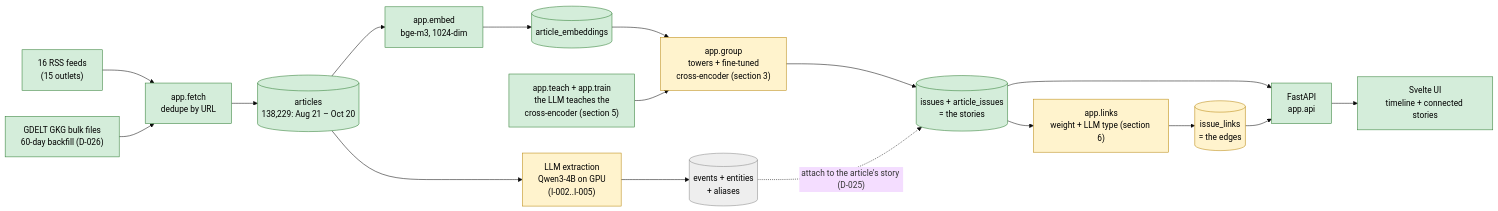
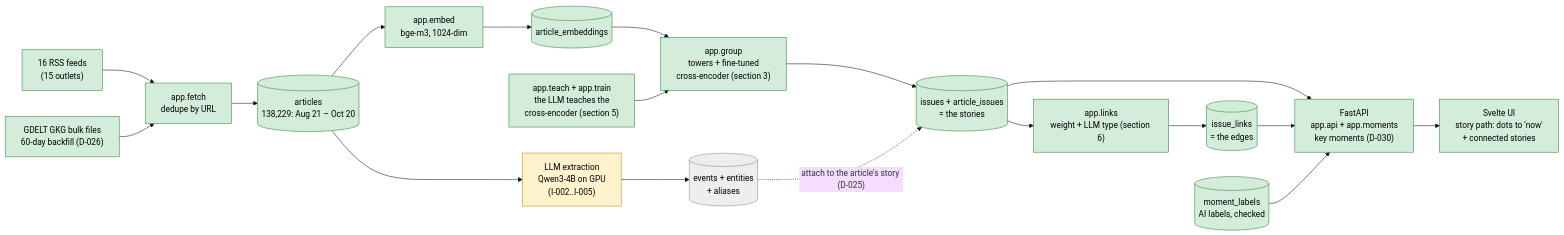
One commit to joybratasarkar/smriti changed the first of 11 diagrams in docs/WORKFLOW.md. Above: the diagram before and after it, drawn with Mermaid (base theme). The commit also changed other lines of this file and 26 other files, not shown here.

First line of the commit message:
Handoff: story model pipeline, links, story page path, trust fixes for regroup

````diff
--- a/docs/WORKFLOW.md
+++ b/docs/WORKFLOW.md
@@ -11,27 +11,28 @@
 ```mermaid
 flowchart LR
     RSS["16 RSS feeds<br/>(15 outlets)"] --> F["app.fetch<br/>dedupe by URL"]
     GD["GDELT GKG bulk files<br/>60-day backfill (D-026)"] --> F
     F --> A[("articles<br/>138,229: Aug 21 – Oct 20")]
     A --> E["app.embed<br/>bge-m3, 1024-dim"]
     E --> V[("article_embeddings")]
     V --> G["app.group<br/>towers + fine-tuned<br/>cross-encoder (section 3)"]
     T["app.teach + app.train<br/>the LLM teaches the<br/>cross-encoder (section 5)"] --> G
     G --> I[("issues + article_issues<br/>= the stories")]
     I --> LK["app.links<br/>weight + LLM type (section 6)"]
     LK --> L[("issue_links<br/>= the edges")]
-    I --> API["FastAPI<br/>app.api"] --> UI["Svelte UI<br/>timeline + connected stories"]
+    I --> API["FastAPI<br/>app.api + app.moments<br/>key moments (D-030)"] --> UI["Svelte UI<br/>story path: dots to 'now'<br/>+ connected stories"]
     L --> API
+    ML[("moment_labels<br/>AI labels, checked")] --> API
 
     A --> X["LLM extraction<br/>Qwen3-4B on GPU<br/>(I-002..I-005)"]
     X --> EV[("events + entities<br/>+ aliases")]
     EV -. "attach to the article's story (D-025)" .-> I
 
     classDef done fill:#d4edda,stroke:#2e7d32,color:#000
     classDef testing fill:#fff3cd,stroke:#b8860b,color:#000
     classDef planned fill:#eeeeee,stroke:#888,color:#000
     classDef blocked fill:#f8d7da,stroke:#c62828,color:#000
-    class RSS,GD,F,A,E,V,T,I,API,UI done
-    class G,LK,L,X testing
+    class RSS,GD,F,A,E,V,T,G,I,LK,L,API,UI,ML done
+    class X testing
     class EV planned
 ```
````
